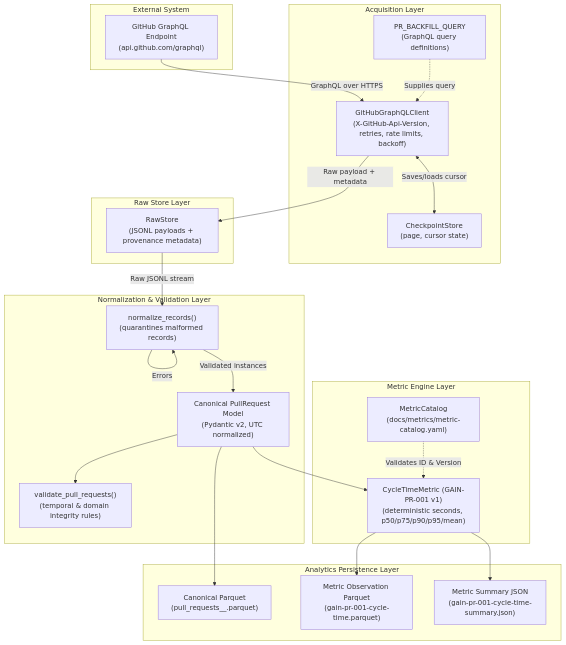
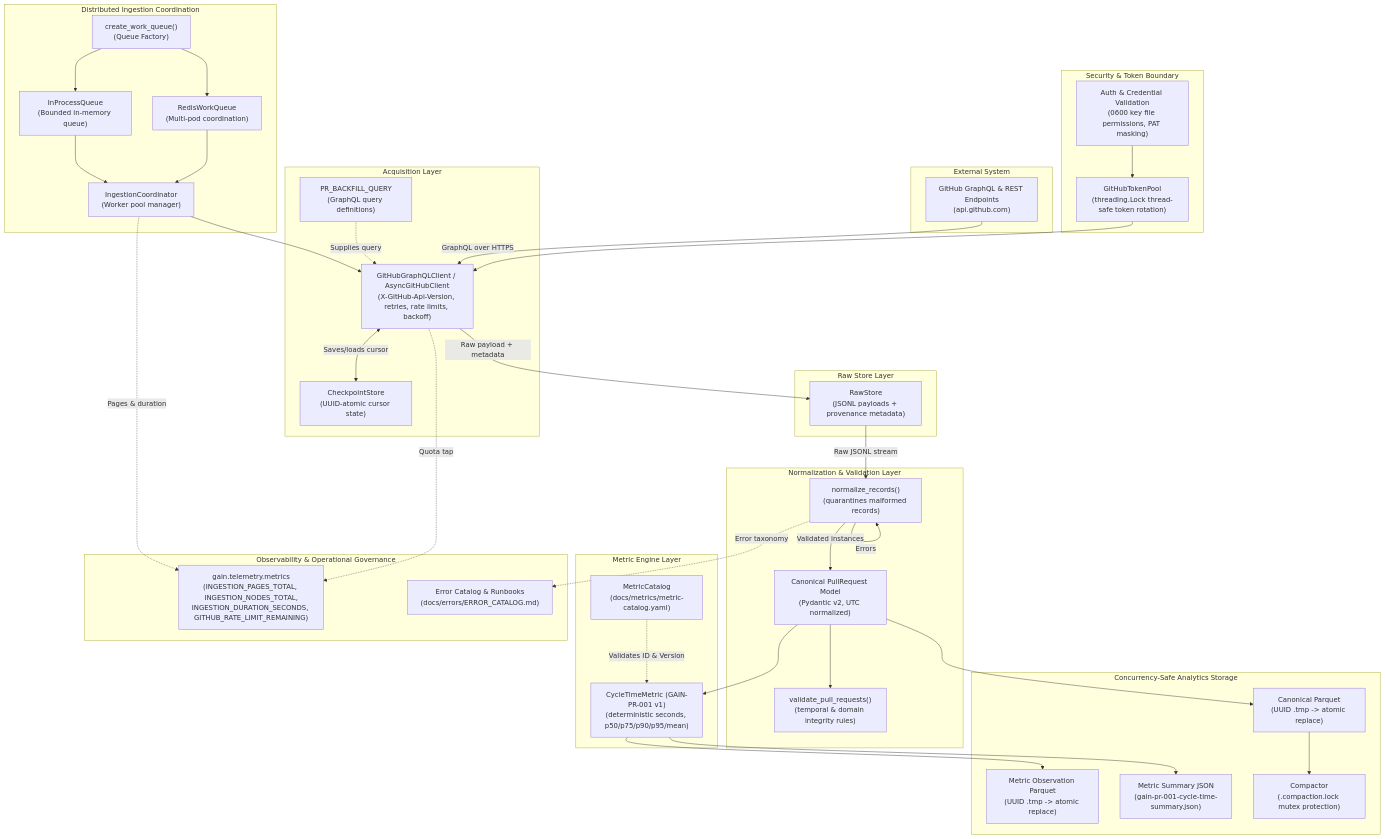
Before and after one commit to firmsoil/gain: the diagram in docs/REFERENCE_ARCHITECTURE.md, drawn with Mermaid. The commit also changed other lines of this file and 118 other files, not shown here.

First line of the commit message:
feat: production release v0.1.0 — distributed ingestion, multi-agent platform, MCP server, cloud deployment, and test suite (308 tests)

````diff
--- a/docs/REFERENCE_ARCHITECTURE.md
+++ b/docs/REFERENCE_ARCHITECTURE.md
@@ -74,47 +80,79 @@
 ```mermaid
 flowchart TD
     subgraph External["External System"]
-        GH["GitHub GraphQL Endpoint\n(api.github.com/graphql)"]
+        GH["GitHub GraphQL & REST Endpoints\n(api.github.com)"]
+    end
+
+    subgraph Security["Security & Token Boundary"]
+        TP["GitHubTokenPool\n(threading.Lock thread-safe token rotation)"]
+        AUTH_VAL["Auth & Credential Validation\n(0600 key file permissions, PAT masking)"]
+    end
+
+    subgraph WorkCoordination["Distributed Ingestion Coordination"]
+        Q_FAC["create_work_queue()\n(Queue Factory)"]
+        Q_REDIS["RedisWorkQueue\n(Multi-pod coordination)"]
+        Q_INPROC["InProcessQueue\n(Bounded in-memory queue)"]
+        COORD["IngestionCoordinator\n(Worker pool manager)"]
     end
 
     subgraph Acquisition["Acquisition Layer"]
-        GC["GitHubGraphQLClient\n(X-GitHub-Api-Version, retries, rate limits, backoff)"]
+        GC["GitHubGraphQLClient / AsyncGitHubClient\n(X-GitHub-Api-Version, retries, rate limits, backoff)"]
         QRY["PR_BACKFILL_QUERY\n(GraphQL query definitions)"]
-        CKP["CheckpointStore\n(page, cursor state)"]
+        CKP["CheckpointStore\n(UUID-atomic cursor state)"]
     end
 
     subgraph StorageRaw["Raw Store Layer"]
         RS["RawStore\n(JSONL payloads + provenance metadata)"]
     end
 
     subgraph Normalization["Normalization & Validation Layer"]
         NRM["normalize_records()\n(quarantines malformed records)"]
         VAL["validate_pull_requests()\n(temporal & domain integrity rules)"]
         CAN["Canonical PullRequest Model\n(Pydantic v2, UTC normalized)"]
     end
 
     subgraph MetricEngine["Metric Engine Layer"]
         CAT["MetricCatalog\n(docs/metrics/metric-catalog.yaml)"]
         CT["CycleTimeMetric (GAIN-PR-001 v1)\n(deterministic seconds, p50/p75/p90/p95/mean)"]
     end
 
-    subgraph Outputs["Analytics Persistence Layer"]
-        CPQ["Canonical Parquet\n(pull_requests__<run_id>.parquet)"]
-        MPQ["Metric Observation Parquet\n(gain-pr-001-cycle-time.parquet)"]
+    subgraph Outputs["Concurrency-Safe Analytics Storage"]
+        CPQ["Canonical Parquet\n(UUID .tmp -> atomic replace)"]
+        MPQ["Metric Observation Parquet\n(UUID .tmp -> atomic replace)"]
         MJS["Metric Summary JSON\n(gain-pr-001-cycle-time-summary.json)"]
+        COMPACT["Compactor\n(.compaction.lock mutex protection)"]
     end
 
+    subgraph Telemetry["Observability & Operational Governance"]
+        PROM["gain.telemetry.metrics\n(INGESTION_PAGES_TOTAL, INGESTION_NODES_TOTAL,\nINGESTION_DURATION_SECONDS, GITHUB_RATE_LIMIT_REMAINING)"]
+        ERR_CAT["Error Catalog & Runbooks\n(docs/errors/ERROR_CATALOG.md)"]
+    end
+
+    TP --> GC
+    AUTH_VAL --> TP
     GH -->|GraphQL over HTTPS| GC
     QRY -.->|Supplies query| GC
     GC <-->|Saves/loads cursor| CKP
+    
+    Q_FAC --> Q_REDIS
+    Q_FAC --> Q_INPROC
+    Q_REDIS --> COORD
+    Q_INPROC --> COORD
+    COORD --> GC
+
     GC -->|Raw payload + metadata| RS
     RS -->|Raw JSONL stream| NRM
     NRM -->|Validated instances| CAN
     NRM -->|Errors| NRM
     CAN --> VAL
     CAN --> CPQ
     CAN --> CT
     CAT -.->|Validates ID & Version| CT
     CT --> MPQ
     CT --> MJS
+    CPQ --> COMPACT
+
+    GC -.->|Quota tap| PROM
+    COORD -.->|Pages & duration| PROM
+    NRM -.->|Error taxonomy| ERR_CAT
 ```
````
